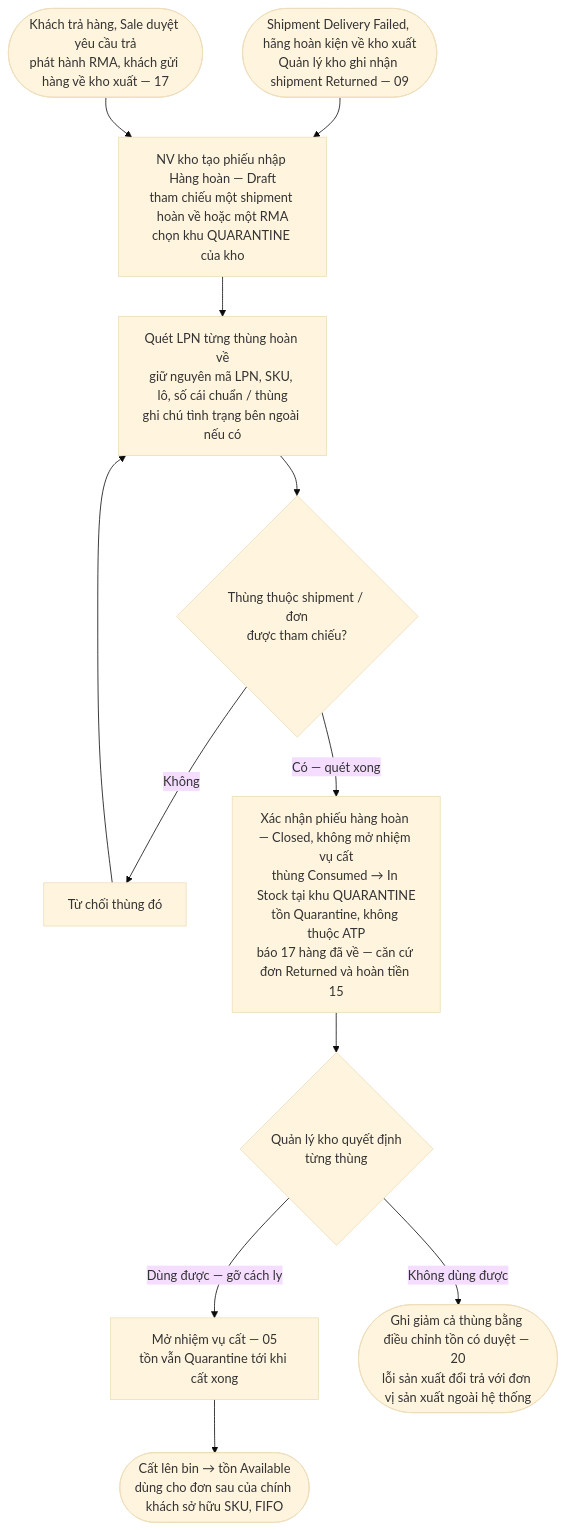
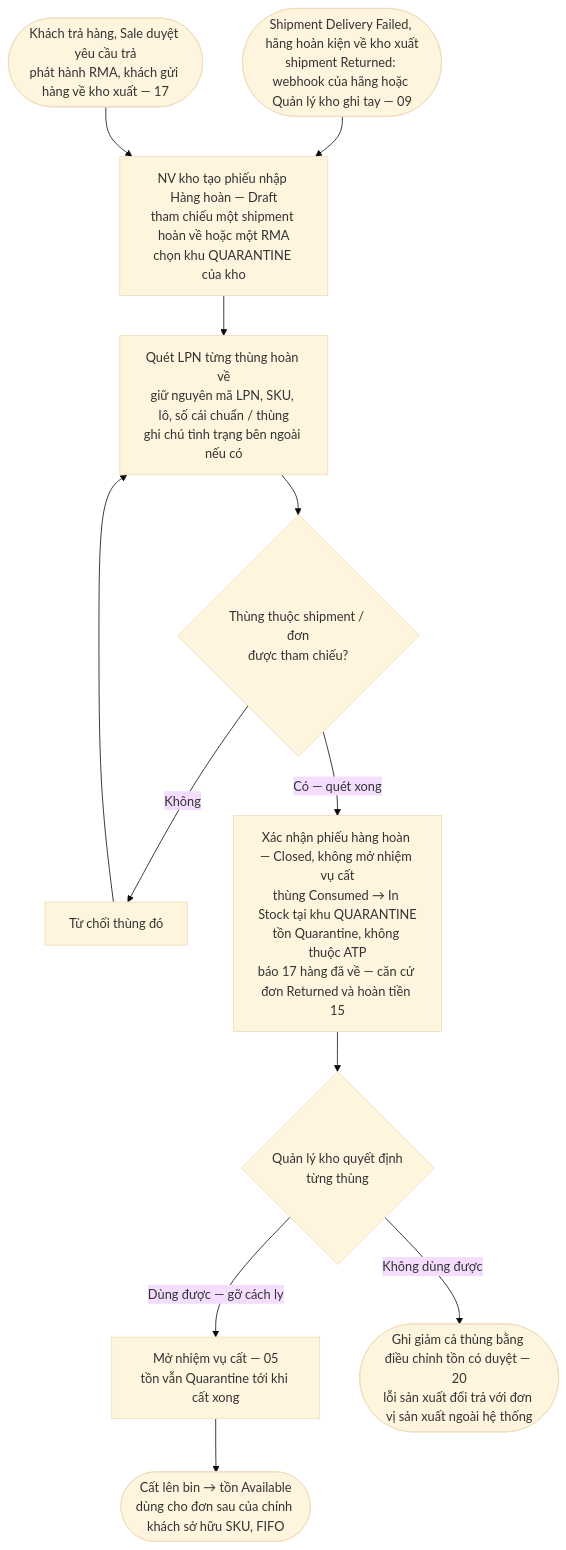
Before and after one commit to KLTN-FA26/docs: the third of 17 diagrams in docs/diagrams/README.md, drawn with Mermaid (base theme). The commit also changed other lines of this file and 16 other files, not shown here.

````diff
--- a/docs/diagrams/README.md
+++ b/docs/diagrams/README.md
@@ -182,14 +188,14 @@
 ```mermaid
 flowchart TD
-    RTO(["Shipment Delivery Failed, hãng hoàn kiện về kho xuất<br/>Quản lý kho ghi nhận shipment Returned — 09"]) --> RT_CREATE
+    RTO(["Shipment Delivery Failed, hãng hoàn kiện về kho xuất<br/>shipment Returned: webhook của hãng hoặc Quản lý kho ghi tay — 09"]) --> RT_CREATE
     RMA(["Khách trả hàng, Sale duyệt yêu cầu trả<br/>phát hành RMA, khách gửi hàng về kho xuất — 17"]) --> RT_CREATE
     RT_CREATE["NV kho tạo phiếu nhập Hàng hoàn — Draft<br/>tham chiếu một shipment hoàn về hoặc một RMA<br/>chọn khu QUARANTINE của kho"] --> RT_SCAN["Quét LPN từng thùng hoàn về<br/>giữ nguyên mã LPN, SKU, lô, số cái chuẩn / thùng<br/>ghi chú tình trạng bên ngoài nếu có"]
     RT_SCAN --> RT_BELONG{"Thùng thuộc shipment / đơn<br/>được tham chiếu?"}
     RT_BELONG -->|Không| RT_REJ["Từ chối thùng đó"]
     RT_REJ --> RT_SCAN
     RT_BELONG -->|"Có — quét xong"| RT_CONFIRM["Xác nhận phiếu hàng hoàn — Closed, không mở nhiệm vụ cất<br/>thùng Consumed → In Stock tại khu QUARANTINE<br/>tồn Quarantine, không thuộc ATP<br/>báo 17 hàng đã về — căn cứ đơn Returned và hoàn tiền 15"]
     RT_CONFIRM --> RT_DECIDE{"Quản lý kho quyết định<br/>từng thùng"}
     RT_DECIDE -->|"Dùng được — gỡ cách ly"| RT_PA["Mở nhiệm vụ cất — 05<br/>tồn vẫn Quarantine tới khi cất xong"]
     RT_PA --> RT_AVAIL(["Cất lên bin → tồn Available<br/>dùng cho đơn sau của chính khách sở hữu SKU, FIFO"])
     RT_DECIDE -->|"Không dùng được"| RT_WO(["Ghi giảm cả thùng bằng điều chỉnh tồn có duyệt — 20<br/>lỗi sản xuất đổi trả với đơn vị sản xuất ngoài hệ thống"])
 ```
````
